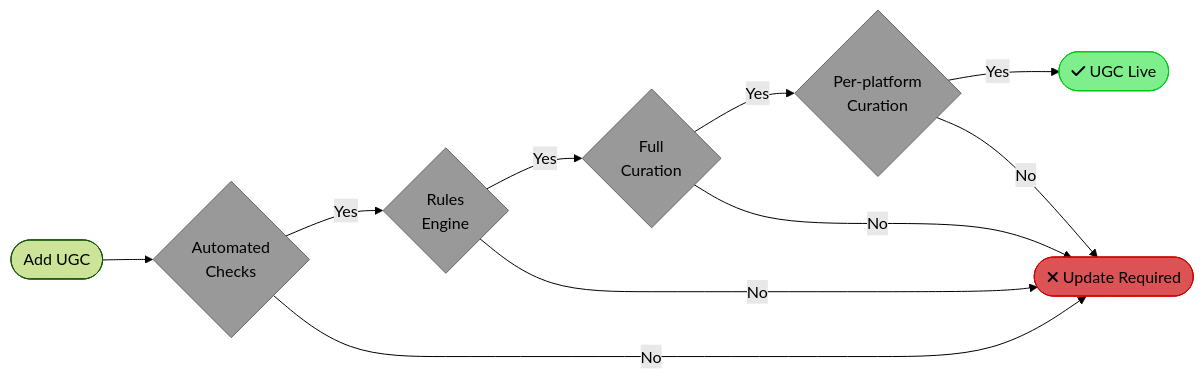
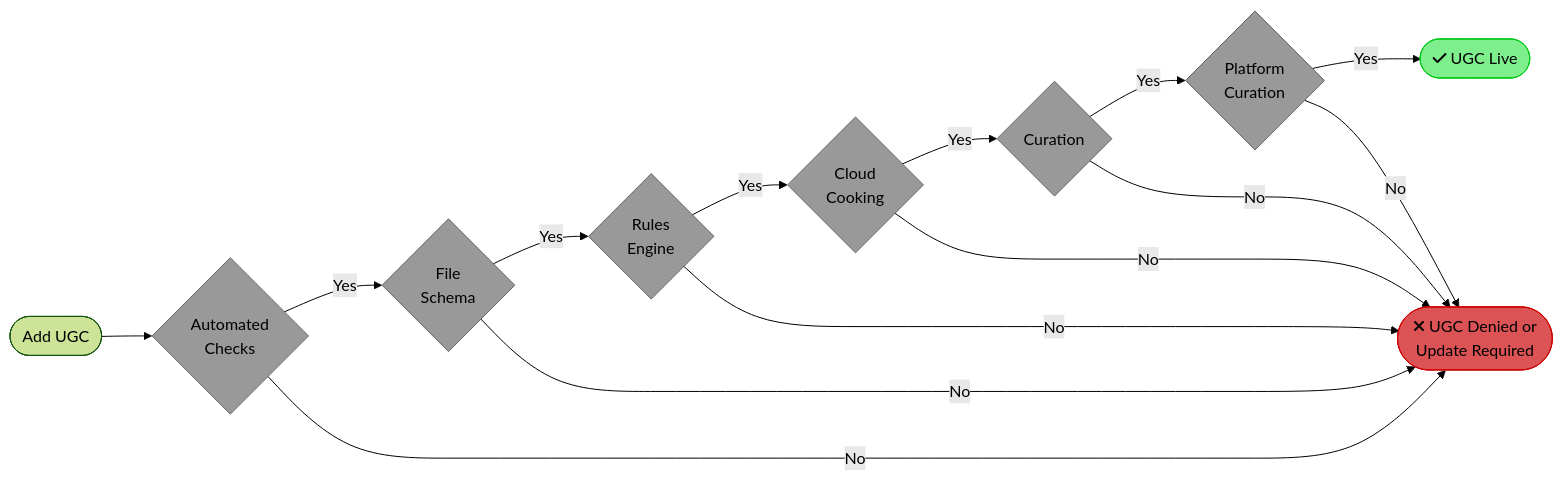
Before and after one commit to modio/modio-docs: the diagram in public/en-us/features/moderation/content-approval.md, drawn with Mermaid (forest theme). The commit also changed other lines of this file and 419 other files, not shown here.

````diff
--- a/public/en-us/features/moderation/content-approval.md
+++ b/public/en-us/features/moderation/content-approval.md
@@ -55,22 +39,30 @@
 ```mermaid
 flowchart LR
     A(["Add UGC"]) --> B{"Automated
     Checks"}
-    B -- Yes --> C{"Rules
+    B -- Yes --> C{"File
+    Schema"}
+    B -- No --> H(["fa:fa-xmark UGC Denied or
+    Update Required"])
+    C -- Yes --> I{"Rules
     Engine"}
-    B -- No --> G(["fa:fa-xmark Update Required"])
-    C -- Yes --> D{"Full
+    C -- No --> H
+    I -- Yes --> D{"Cloud
+    Cooking"}
+    I -- No --> H
+    D -- Yes --> E{"Curation"}
+    D -- No --> H
+    E -- Yes --> F{"Platform
     Curation"}
-    C -- No --> G
-    D -- Yes --> E{"Per-platform
-    Curation"}
-    D -- No --> G
-    E -- Yes --> F(["fa:fa-check UGC Live"])
-    E -- No --> G
+    E -- No --> H
+    F -- Yes --> G(["fa:fa-check UGC Live"])
+    F -- No --> H
     style B fill:#999,stroke:#666,color:#000
     style C fill:#999,stroke:#666,color:#000
     style D fill:#999,stroke:#666,color:#000
     style E fill:#999,stroke:#666,color:#000
-    style G fill:#DB5355,stroke:#c00
-    style F fill:#7EEF8C,stroke:#00c717
+    style F fill:#999,stroke:#666,color:#000
+    style I fill:#999,stroke:#666,color:#000
+    style G fill:#7EEF8C,stroke:#00c717
+    style H fill:#DB5355,stroke:#c00
 ```
````
